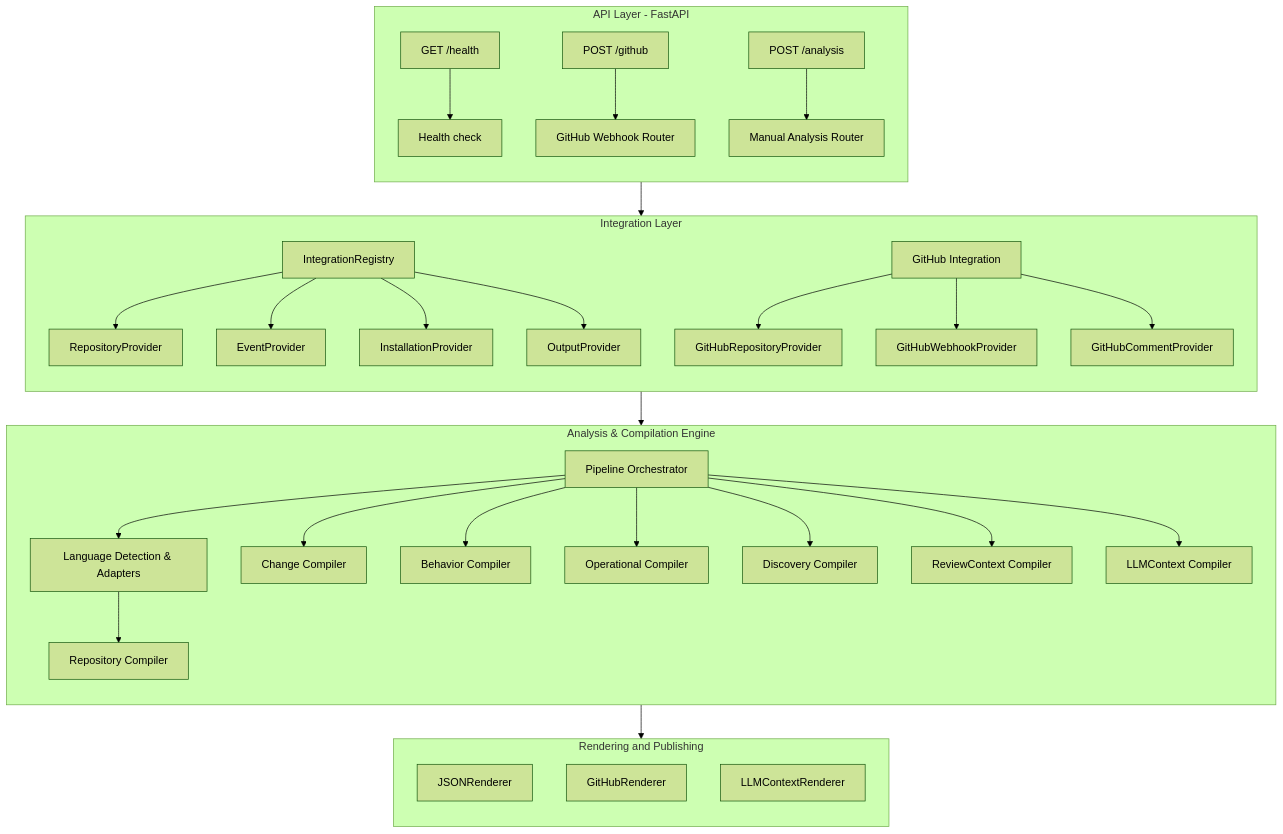
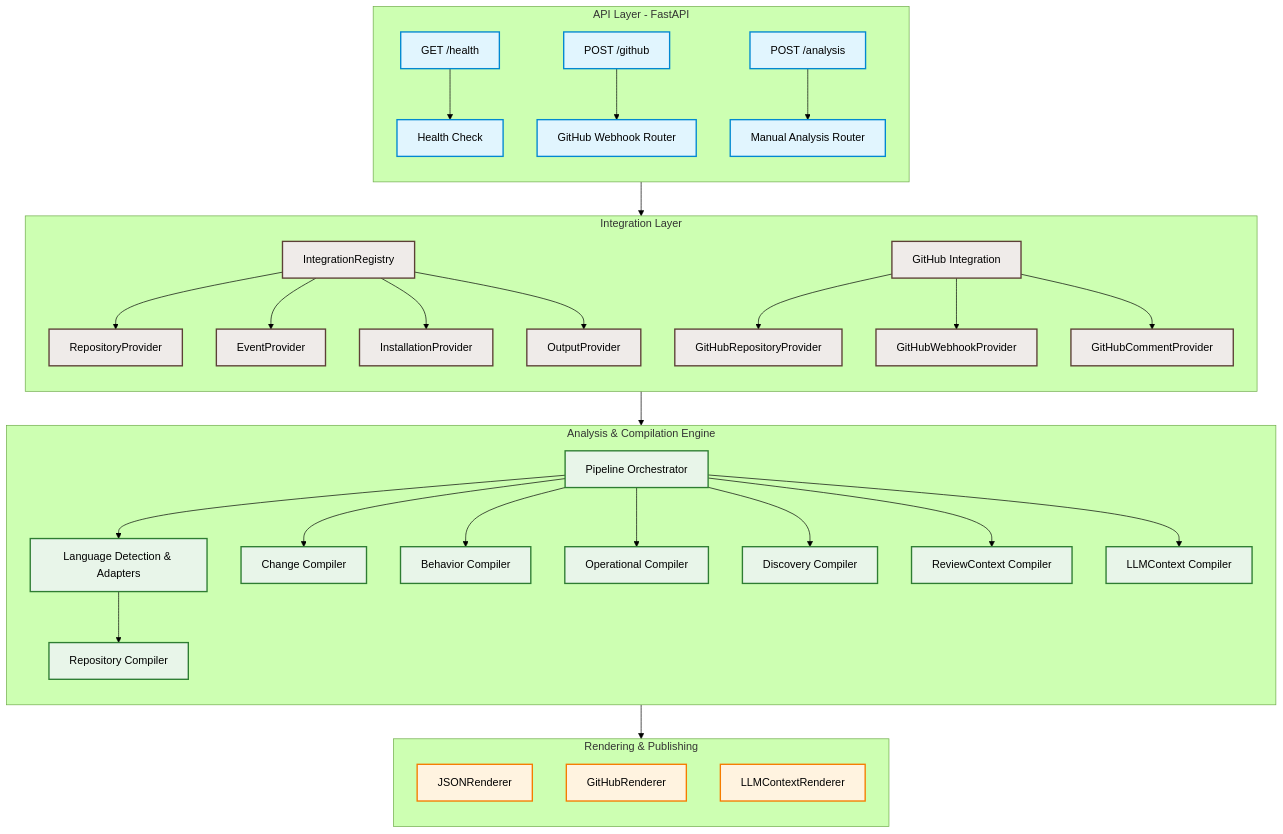
One commit to jishnusamal/cystatic-core changed the first of 2 diagrams in architecture.md. Above: the diagram before and after it, drawn with Mermaid (forest theme). The commit also changed other lines of this file, not shown here.

Commit message:
docs: update architecture documentation with improved system overview and styled Mermaid diagrams

````diff
--- a/architecture.md
+++ b/architecture.md
@@ -11,52 +9,62 @@
 ```mermaid
 flowchart TB
-    subgraph API[API Layer - FastAPI]
+    %% Styling Classes
+    classDef apiStyle fill:#e1f5fe,stroke:#0288d1,stroke-width:2px;
+    classDef integrationStyle fill:#efebe9,stroke:#5d4037,stroke-width:2px;
+    classDef engineStyle fill:#e8f5e9,stroke:#2e7d32,stroke-width:2px;
+    classDef outputStyle fill:#fff3e0,stroke:#f57c00,stroke-width:2px;
+
+    subgraph API [API Layer - FastAPI]
         direction TB
-        A1[GET /health] --> A2[Health check]
-        A3[POST /github] --> A4[GitHub Webhook Router]
-        A5[POST /analysis] --> A6[Manual Analysis Router]
+        A1["GET /health"] --> A2["Health Check"]
+        A3["POST /github"] --> A4["GitHub Webhook Router"]
+        A5["POST /analysis"] --> A6["Manual Analysis Router"]
     end
+    class API,A1,A2,A3,A4,A5,A6 apiStyle;
 
-    subgraph Integration[Integration Layer]
+    subgraph Integration [Integration Layer]
         direction TB
-        IR[IntegrationRegistry] --> RP[RepositoryProvider]
-        IR --> EP[EventProvider]
-        IR --> IP[InstallationProvider]
-        IR --> OP[OutputProvider]
-        GI[GitHub Integration] --> GRP[GitHubRepositoryProvider]
-        GI --> GWP[GitHubWebhookProvider]
-        GI --> GCP[GitHubCommentProvider]
+        IR["IntegrationRegistry"] --> RP["RepositoryProvider"]
+        IR --> EP["EventProvider"]
+        IR --> IP["InstallationProvider"]
+        IR --> OP["OutputProvider"]
+        GI["GitHub Integration"] --> GRP["GitHubRepositoryProvider"]
+        GI --> GWP["GitHubWebhookProvider"]
+        GI --> GCP["GitHubCommentProvider"]
     end
+    class Integration,IR,RP,EP,IP,OP,GI,GRP,GWP,GCP integrationStyle;
 
-    subgraph Engine[Analysis & Compilation Engine]
+    subgraph Engine [Analysis & Compilation Engine]
         direction TB
-        PL[Pipeline Orchestrator]
-        LA[Language Detection & Adapters]
-        RC[Repository Compiler]
-        CC[Change Compiler]
-        BC[Behavior Compiler]
-        OC[Operational Compiler]
-        DC[Discovery Compiler]
-        RVC[ReviewContext Compiler]
-        LLMC[LLMContext Compiler]
+        PL["Pipeline Orchestrator"]
+        LA["Language Detection & Adapters"]
+        RC["Repository Compiler"]
+        CC["Change Compiler"]
+        BC["Behavior Compiler"]
+        OC["Operational Compiler"]
+        DC["Discovery Compiler"]
+        RVC["ReviewContext Compiler"]
+        LLMC["LLMContext Compiler"]
         
         PL --> LA --> RC
         PL --> CC
         PL --> BC
         PL --> OC
         PL --> DC
         PL --> RVC
         PL --> LLMC
     end
+    class Engine,PL,LA,RC,CC,BC,OC,DC,RVC,LLMC engineStyle;
 
-    subgraph Output[Rendering and Publishing]
+    subgraph Output [Rendering & Publishing]
         direction TB
-        JR[JSONRenderer]
-        GR[GitHubRenderer]
-        LR[LLMContextRenderer]
+        JR["JSONRenderer"]
+        GR["GitHubRenderer"]
+        LR["LLMContextRenderer"]
     end
+    class Output,JR,GR,LR outputStyle;
 
     API --> Integration
     Integration --> Engine
     Engine --> Output
 ```
````
